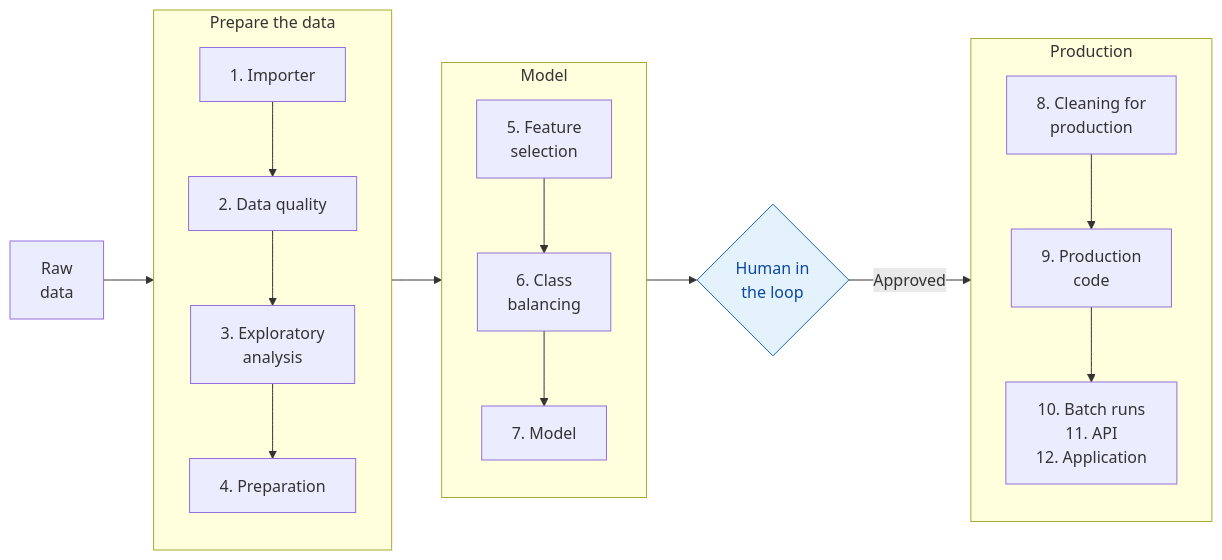
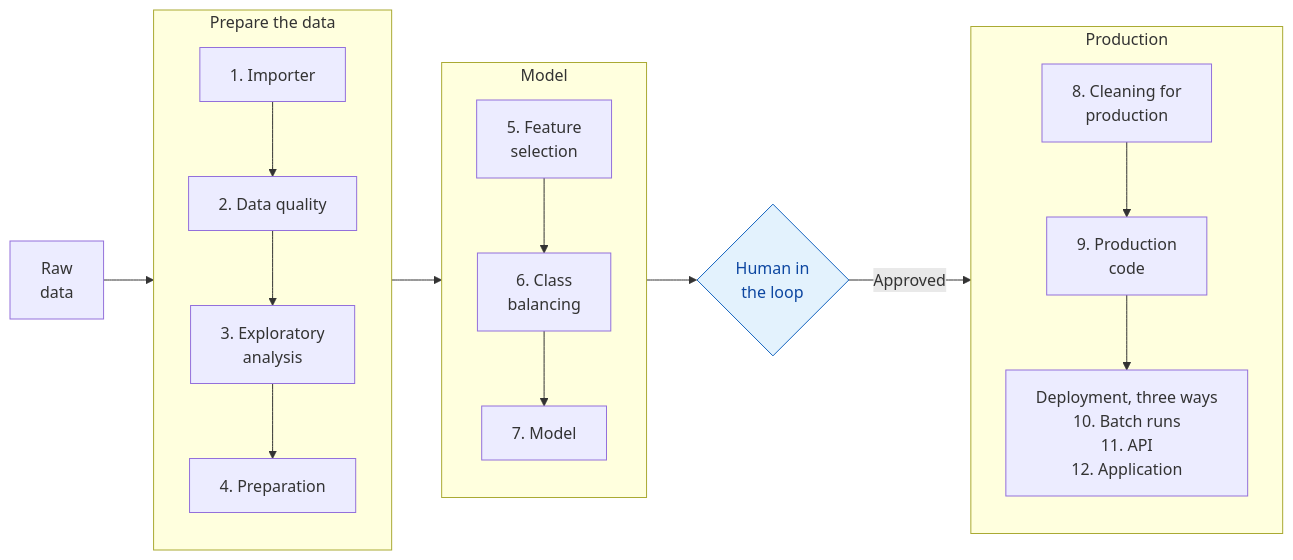
The third of 3 diagrams in README.en.md (jleonceo/portfolio-juan-luis), drawn with Mermaid before and after one commit. The commit also changed 1 other file, not shown here.

Commit message:
Esquema del análisis: los pasos 10 a 12 se rotulan como tres vías de despliegue
La caja los listaba seguidos y podían leerse como tres pasos obligatorios.

````diff
--- a/README.en.md
+++ b/README.en.md
@@ -85,25 +85,25 @@
 ```mermaid
 flowchart LR
     D[Raw<br/>data] --> F1
     subgraph F1[Prepare the data]
         direction TB
         A1[1. Importer] --> A2[2. Data quality]
         A2 --> A3[3. Exploratory<br/>analysis]
         A3 --> A4[4. Preparation]
     end
     subgraph F2[Model]
         direction TB
         A5[5. Feature<br/>selection] --> A6[6. Class<br/>balancing]
         A6 --> A7[7. Model]
     end
     subgraph F3[Production]
         direction TB
         A8[8. Cleaning for<br/>production] --> A9[9. Production<br/>code]
-        A9 --> A10[10. Batch runs<br/>11. API<br/>12. Application]
+        A9 --> A10[Deployment, three ways<br/>10. Batch runs<br/>11. API<br/>12. Application]
     end
     F1 --> F2
     F2 --> P{Human in<br/>the loop}
     P -->|Approved| F3
 
     style P fill:#e3f2fd,stroke:#1565c0,color:#0d47a1
 ```
````
